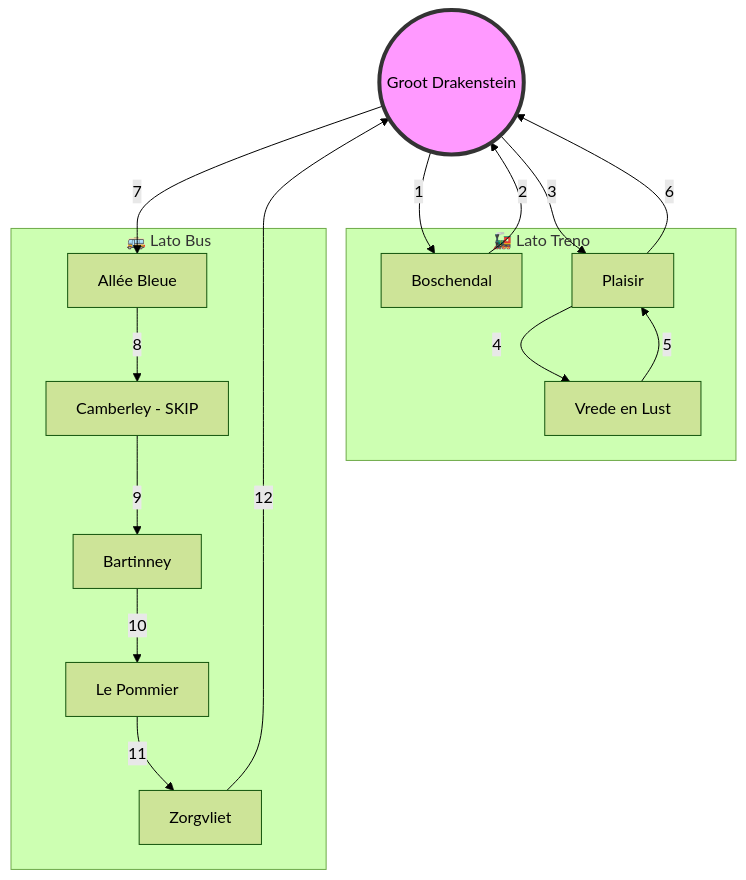
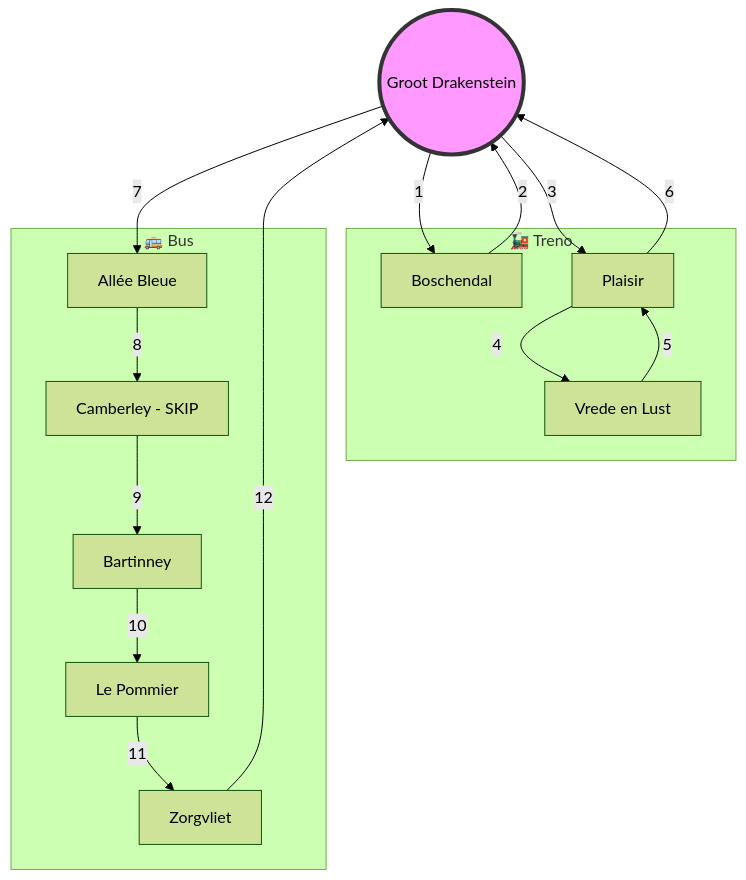
Before and after one commit to palladius/lobby-sudafrica-journal: the diagram in jekyll-site/_posts/2026-02-23-franschhoek-day-two-solo-adventure.md, drawn with Mermaid (forest theme). The commit also changed other lines of this file and 70 other files, not shown here.

````diff
--- a/jekyll-site/_posts/2026-02-23-franschhoek-day-two-solo-adventure.md
+++ b/jekyll-site/_posts/2026-02-23-franschhoek-day-two-solo-adventure.md
@@ -30,35 +33,35 @@
 ```mermaid
 graph TD
     HUB((Groot Drakenstein))
     style HUB fill:#f9f,stroke:#333,stroke-width:4px
 
-    subgraph TRAM_LOOP [🚂 Lato Treno]
+    subgraph TRAM_LOOP [🚂 Treno]
         B[Boschendal]
         P[Plaisir]
         VL[Vrede en Lust]
     end
 
-    subgraph BUS_LOOP [🚌 Lato Bus]
+    subgraph BUS_LOOP [🚌 Bus]
         AB[Allée Bleue]
         C[Camberley - SKIP]
         BA[Bartinney]
         LP[Le Pommier]
         Z[Zorgvliet]
     end
 
     %% Percorso Treno
     HUB -->|1| B
     B -->|2| HUB
     HUB -->|3| P
     P -->|4| VL
     VL -->|5| P
     P -->|6| HUB
 
     %% Percorso Bus
     HUB -->|7| AB
     AB -->|8| C
     C -->|9| BA
     BA -->|10| LP
     LP -->|11| Z
     Z -->|12| HUB
 ```
````
